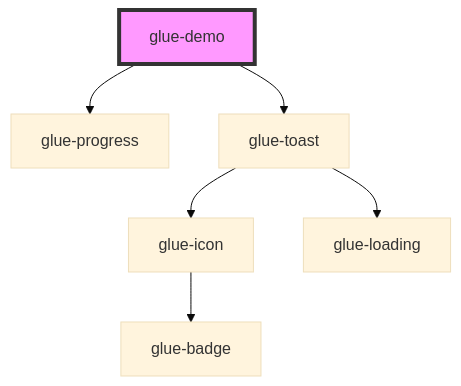
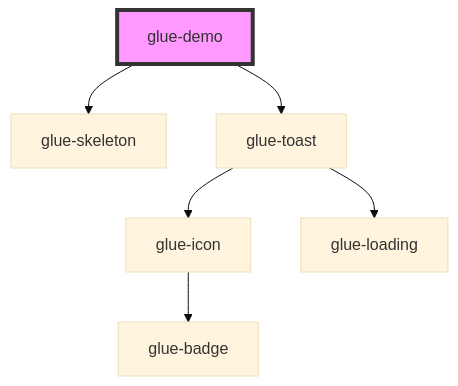
The diagram in packages/glue-components/src/components/glue-demo/readme.md (grasilife/glue), drawn with Mermaid (base theme) before and after one commit. The commit also changed other lines of this file and 14 other files, not shown here.

````diff
--- a/packages/glue-components/src/components/glue-demo/readme.md
+++ b/packages/glue-components/src/components/glue-demo/readme.md
@@ -16,9 +16,9 @@
 ```mermaid
 graph TD;
-  glue-demo --> glue-progress
+  glue-demo --> glue-skeleton
   glue-demo --> glue-toast
   glue-toast --> glue-icon
   glue-toast --> glue-loading
   glue-icon --> glue-badge
   style glue-demo fill:#f9f,stroke:#333,stroke-width:4px
 ```
````
